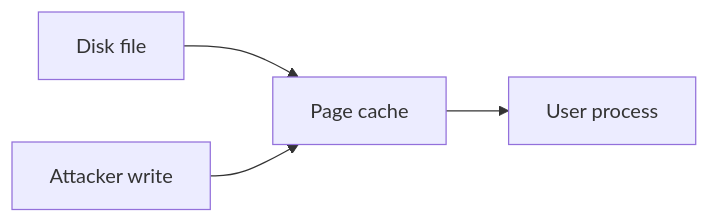
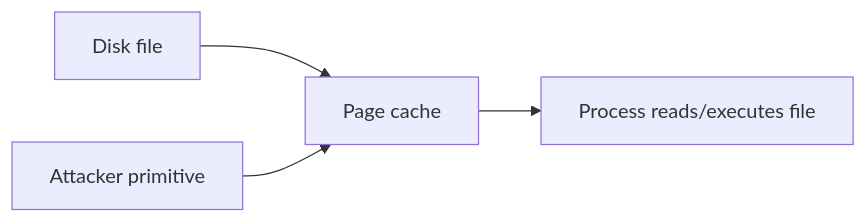
The third of 5 diagrams in cve/kernel/CVE-2026-31431.md (pullsec/hugo-content), drawn with Mermaid before and after one commit. The commit also changed other lines of this file and 1 other file, not shown here.

````diff
--- a/cve/kernel/CVE-2026-31431.md
+++ b/cve/kernel/CVE-2026-31431.md
@@ -92,9 +152,5 @@
 ```mermaid
 flowchart LR
-    A["Disk file"]
-        --> B["Page cache"]
-        --> C["User process"]
-
-    D["Attacker write"]
-        --> B
+    A["Disk file"] --> B["Page cache"] --> C["Process reads/executes file"]
+    D["Attacker primitive"] --> B
 ```
````
